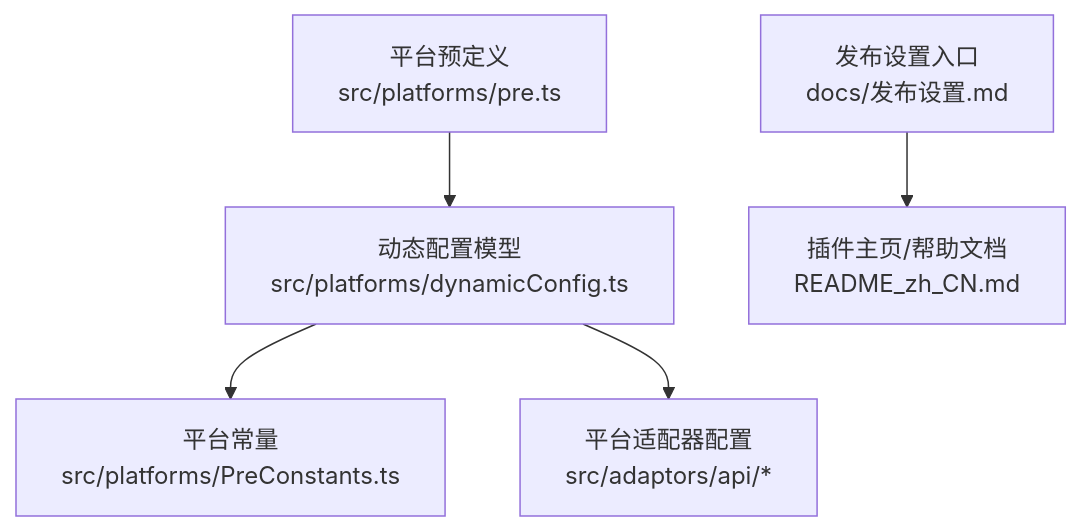
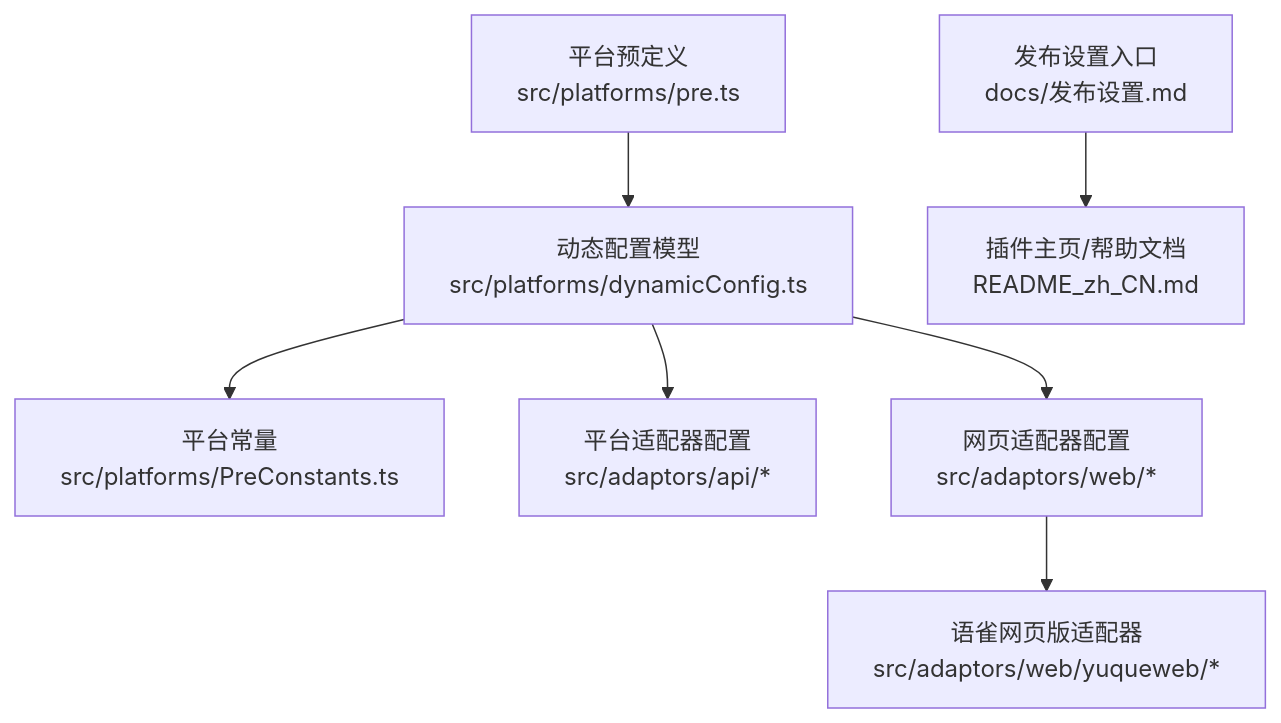
The first of 3 diagrams in .qoder/repowiki/zh/content/项目概述/支持的平台列表.md (terwer/siyuan-plugin-publisher), drawn with Mermaid before and after one commit. The commit also changed other lines of this file and 19 other files, not shown here.

````diff
--- a/.qoder/repowiki/zh/content/项目概述/支持的平台列表.md
+++ b/.qoder/repowiki/zh/content/项目概述/支持的平台列表.md
@@ -39,7 +53,9 @@
 ```mermaid
 graph TB
 A["平台预定义<br/>src/platforms/pre.ts"] --> B["动态配置模型<br/>src/platforms/dynamicConfig.ts"]
 B --> C["平台常量<br/>src/platforms/PreConstants.ts"]
 B --> D["平台适配器配置<br/>src/adaptors/api/*"]
-E["发布设置入口<br/>docs/发布设置.md"] --> F["插件主页/帮助文档<br/>README_zh_CN.md"]
+B --> E["网页适配器配置<br/>src/adaptors/web/*"]
+E --> F["语雀网页版适配器<br/>src/adaptors/web/yuqueweb/*"]
+G["发布设置入口<br/>docs/发布设置.md"] --> H["插件主页/帮助文档<br/>README_zh_CN.md"]
 ```
````
